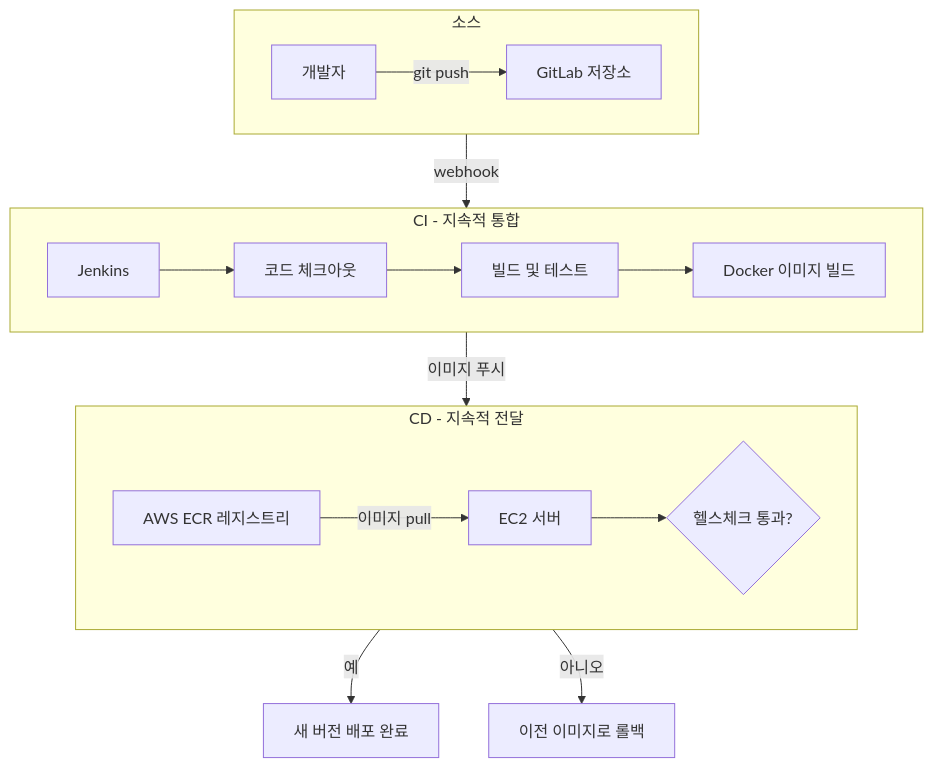
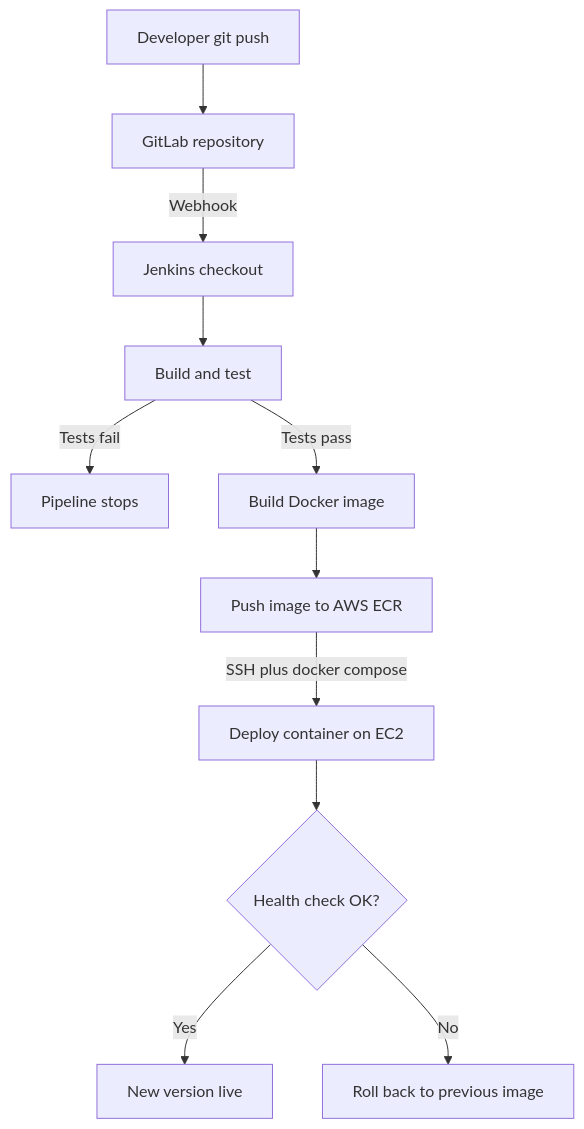
Before and after one commit to maroowe-wan/maroowe-wan.github.io: the diagram in courses/devops-pipeline-ec2/lectures/01_cicd-pipeline-overview/content.md, drawn with Mermaid. The commit also changed other lines of this file and 202 other files, not shown here.

````diff
--- a/courses/devops-pipeline-ec2/lectures/01_cicd-pipeline-overview/content.md
+++ b/courses/devops-pipeline-ec2/lectures/01_cicd-pipeline-overview/content.md
@@ -61,19 +59,13 @@
-```mermaid 만들 CI/CD 파이프라인의 전체 흐름
-flowchart TB
-    subgraph SRC["소스"]
-        direction LR
-        Dev["개발자"] -->|git push| GitLab["GitLab 저장소"]
-    end
-    subgraph CI["CI - 지속적 통합"]
-        direction LR
-        Jenkins["Jenkins"] --> Checkout["코드 체크아웃"] --> BuildTest["빌드 및 테스트"] --> BuildImage["Docker 이미지 빌드"]
-    end
-    subgraph CD["CD - 지속적 전달"]
-        direction LR
-        ECR["AWS ECR 레지스트리"] -->|이미지 pull| EC2["EC2 서버"] --> HealthCheck{"헬스체크 통과?"}
-    end
-    GitLab -->|webhook| Jenkins
-    BuildImage -->|이미지 푸시| ECR
-    HealthCheck -->|예| Live["새 버전 배포 완료"]
-    HealthCheck -->|아니오| Rollback["이전 이미지로 롤백"]
+```mermaid GitLab 푸시부터 EC2 배포까지 CI/CD 파이프라인 전체 흐름
+flowchart TD
+    Dev["Developer git push"] --> GitLab["GitLab repository"]
+    GitLab -->|Webhook| Jenkins["Jenkins checkout"]
+    Jenkins --> BuildTest["Build and test"]
+    BuildTest -->|Tests fail| Stop["Pipeline stops"]
+    BuildTest -->|Tests pass| Image["Build Docker image"]
+    Image --> ECR["Push image to AWS ECR"]
+    ECR -->|SSH plus docker compose| EC2["Deploy container on EC2"]
+    EC2 --> Health{"Health check OK?"}
+    Health -->|Yes| Live["New version live"]
+    Health -->|No| Rollback["Roll back to previous image"]
 ```
````
